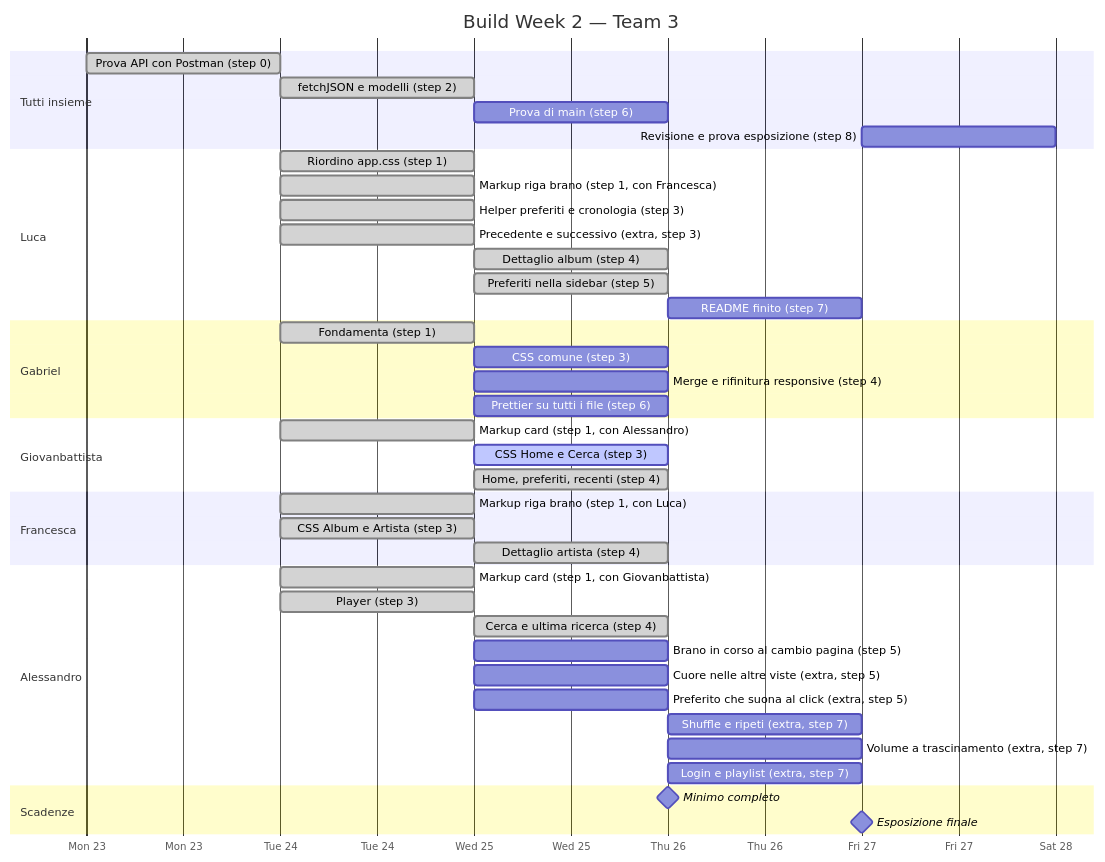
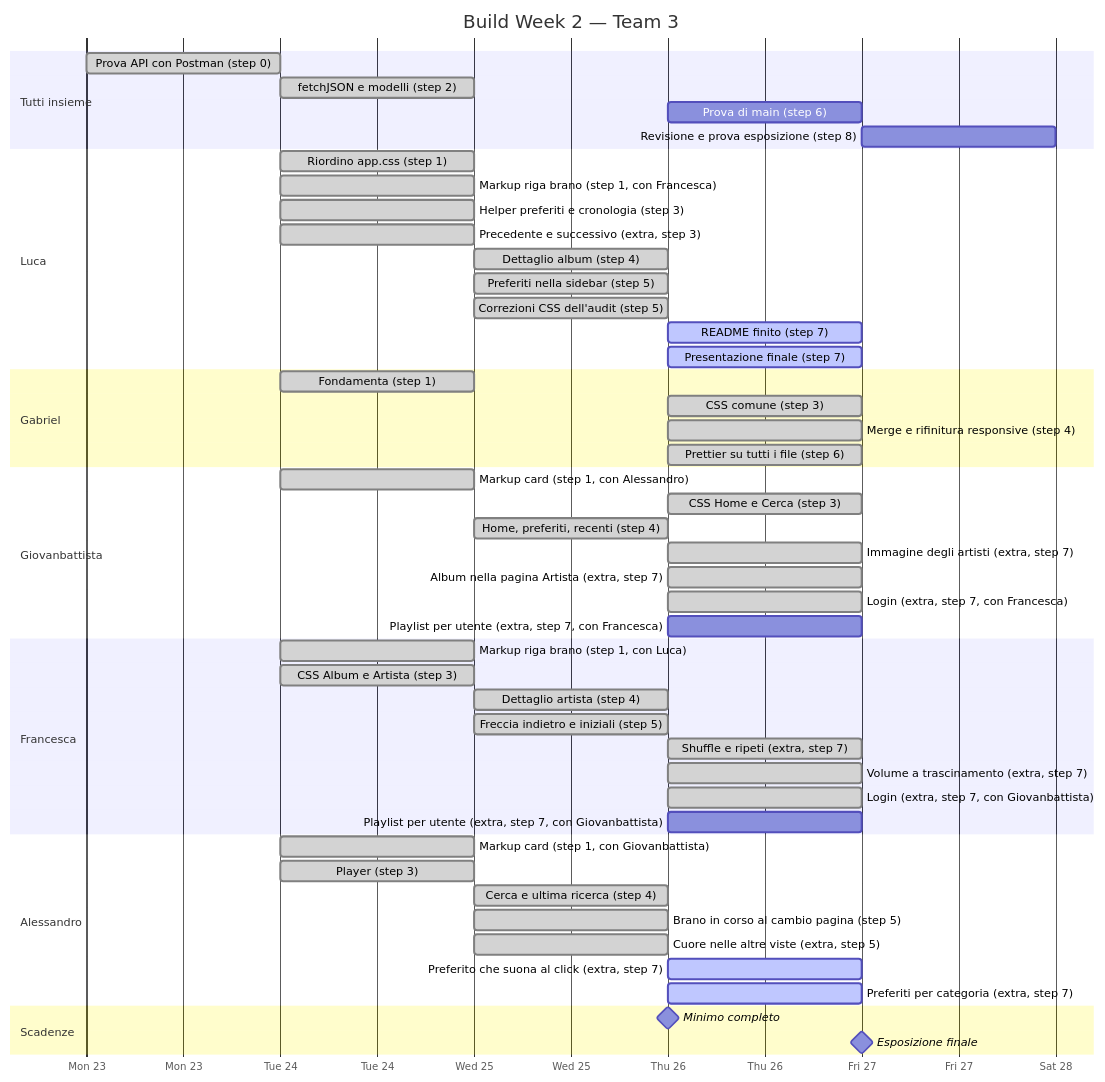
Before and after one commit to Ilbollit0/Team-3-progetto-buildweek-2: the first of 7 diagrams in docs/Controllo e monitoraggio.md, drawn with Mermaid. The commit also changed other lines of this file and 14 other files, not shown here.

Commit message:
Aggiornamento finale project e presentazione

````diff
--- a/docs/Controllo e monitoraggio.md
+++ b/docs/Controllo e monitoraggio.md
@@ -9,52 +9,61 @@
 ```mermaid
 gantt
   title Build Week 2 — Team 3
   dateFormat YYYY-MM-DD
   axisFormat %a %d
 
   section Tutti insieme
   Prova API con Postman (step 0)   :done, 2026-11-23, 1d
   fetchJSON e modelli (step 2)     :done, 2026-11-24, 1d
-  Prova di main (step 6)           :2026-11-25, 1d
+  Prova di main (step 6)           :2026-11-26, 1d
   Revisione e prova esposizione (step 8) :2026-11-27, 1d
 
   section Luca
   Riordino app.css (step 1)        :done, 2026-11-24, 1d
   Markup riga brano (step 1, con Francesca) :done, 2026-11-24, 1d
   Helper preferiti e cronologia (step 3) :done, 2026-11-24, 1d
   Precedente e successivo (extra, step 3) :done, 2026-11-24, 1d
   Dettaglio album (step 4)         :done, 2026-11-25, 1d
   Preferiti nella sidebar (step 5) :done, 2026-11-25, 1d
-  README finito (step 7)           :2026-11-26, 1d
+  Correzioni CSS dell'audit (step 5) :done, 2026-11-25, 1d
+  README finito (step 7)           :active, 2026-11-26, 1d
+  Presentazione finale (step 7)    :active, 2026-11-26, 1d
 
   section Gabriel
   Fondamenta (step 1)              :done, 2026-11-24, 1d
-  CSS comune (step 3)              :2026-11-25, 1d
-  Merge e rifinitura responsive (step 4) :2026-11-25, 1d
-  Prettier su tutti i file (step 6) :2026-11-25, 1d
+  CSS comune (step 3)              :done, 2026-11-26, 1d
+  Merge e rifinitura responsive (step 4) :done, 2026-11-26, 1d
+  Prettier su tutti i file (step 6) :done, 2026-11-26, 1d
 
   section Giovanbattista
   Markup card (step 1, con Alessandro) :done, 2026-11-24, 1d
-  CSS Home e Cerca (step 3)        :active, 2026-11-25, 1d
+  CSS Home e Cerca (step 3)        :done, 2026-11-26, 1d
   Home, preferiti, recenti (step 4) :done, 2026-11-25, 1d
+  Immagine degli artisti (extra, step 7) :done, 2026-11-26, 1d
+  Album nella pagina Artista (extra, step 7) :done, 2026-11-26, 1d
+  Login (extra, step 7, con Francesca) :done, 2026-11-26, 1d
+  Playlist per utente (extra, step 7, con Francesca) :2026-11-26, 1d
 
   section Francesca
   Markup riga brano (step 1, con Luca) :done, 2026-11-24, 1d
   CSS Album e Artista (step 3)     :done, 2026-11-24, 1d
   Dettaglio artista (step 4)       :done, 2026-11-25, 1d
+  Freccia indietro e iniziali (step 5) :done, 2026-11-25, 1d
+  Shuffle e ripeti (extra, step 7) :done, 2026-11-26, 1d
+  Volume a trascinamento (extra, step 7) :done, 2026-11-26, 1d
+  Login (extra, step 7, con Giovanbattista) :done, 2026-11-26, 1d
+  Playlist per utente (extra, step 7, con Giovanbattista) :2026-11-26, 1d
 
   section Alessandro
   Markup card (step 1, con Giovanbattista) :done, 2026-11-24, 1d
   Player (step 3)                  :done, 2026-11-24, 1d
   Cerca e ultima ricerca (step 4)  :done, 2026-11-25, 1d
-  Brano in corso al cambio pagina (step 5) :2026-11-25, 1d
-  Cuore nelle altre viste (extra, step 5) :2026-11-25, 1d
-  Preferito che suona al click (extra, step 5) :2026-11-25, 1d
-  Shuffle e ripeti (extra, step 7) :2026-11-26, 1d
-  Volume a trascinamento (extra, step 7) :2026-11-26, 1d
-  Login e playlist (extra, step 7) :2026-11-26, 1d
+  Brano in corso al cambio pagina (step 5) :done, 2026-11-25, 1d
+  Cuore nelle altre viste (extra, step 5) :done, 2026-11-25, 1d
+  Preferito che suona al click (extra, step 7) :active, 2026-11-26, 1d
+  Preferiti per categoria (extra, step 7) :active, 2026-11-26, 1d
 
   section Scadenze
   Minimo completo                  :milestone, 2026-11-26, 0d
   Esposizione finale               :milestone, 2026-11-27, 0d
 ```
````
